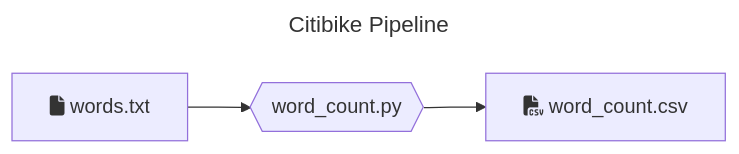
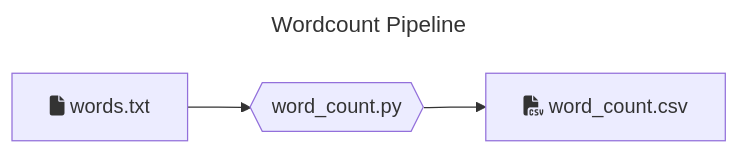
The first of 2 diagrams in README.md (techops-recsys-lateral-hiring/dataengineer-transformations-python), drawn with Mermaid before and after one commit.

````diff
--- a/README.md
+++ b/README.md
@@ -139,7 +139,7 @@
 ```mermaid
 ---
-title: Citibike Pipeline
+title: Wordcount Pipeline
 ---
 flowchart LR
   Raw["fa:fa-file words.txt"] -->  J1{{word_count.py}} --> Bronze["fa:fa-file-csv word_count.csv"]
 ```
````
